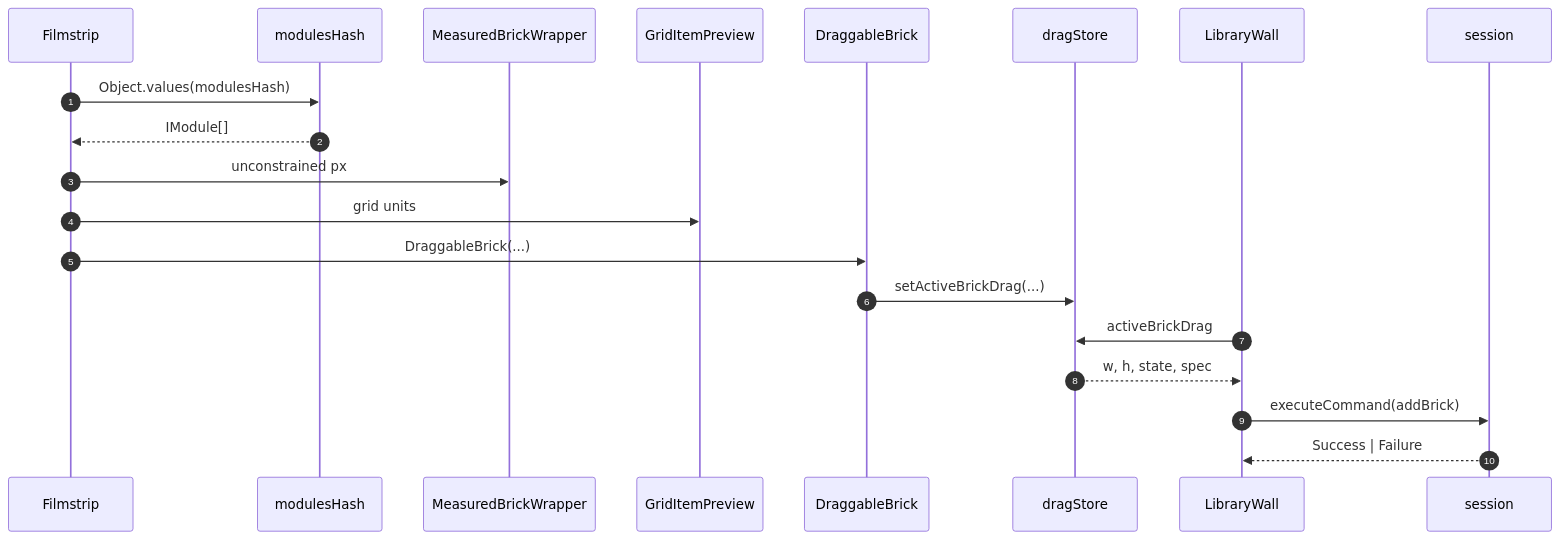
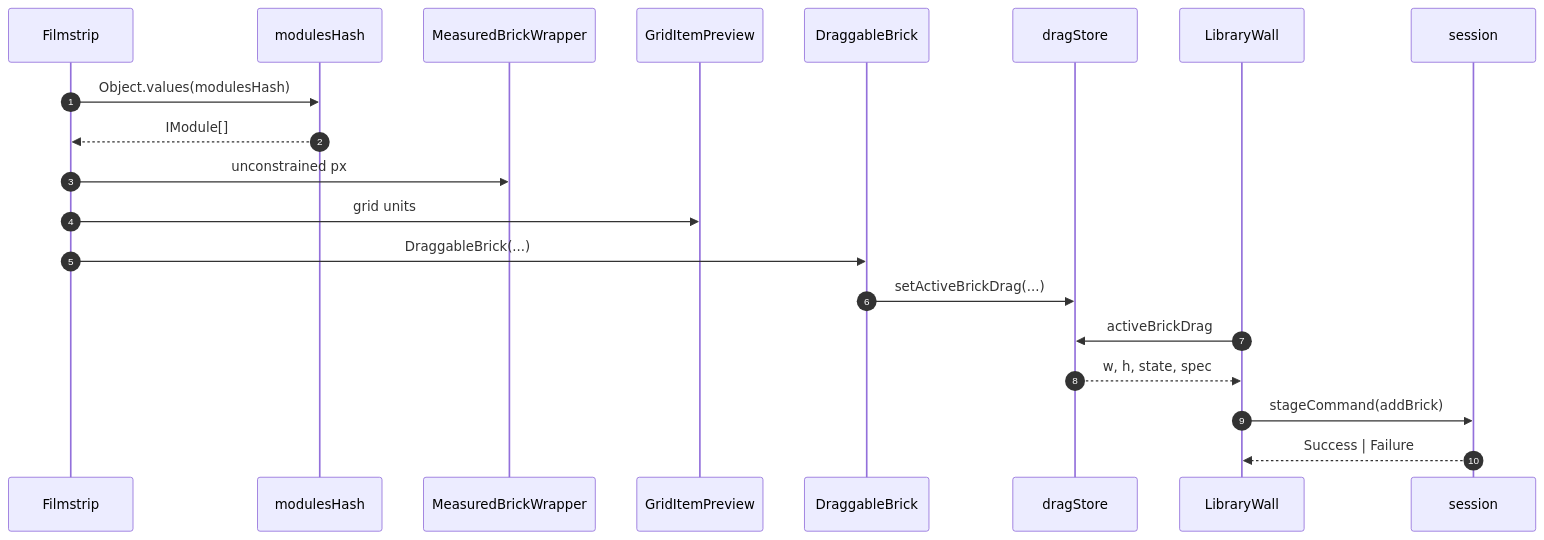
Before and after one commit to morgs32/qrk.sh: the diagram in wiki/architecture/browser/LibrarySandboxBrickDrop.md, drawn with Mermaid. The commit also changed 13 other files, not shown here.

````diff
--- a/wiki/architecture/browser/LibrarySandboxBrickDrop.md
+++ b/wiki/architecture/browser/LibrarySandboxBrickDrop.md
@@ -35,32 +35,32 @@
 ```mermaid
 sequenceDiagram
   participant Filmstrip
   participant modulesHash
   participant MeasuredBrickWrapper
   participant GridItemPreview
   participant DraggableBrick
   participant dragStore
   participant LibraryWall
   participant session
 
   autonumber 1
   Filmstrip->>modulesHash: Object.values(modulesHash)
   autonumber 2
   modulesHash-->>Filmstrip: IModule[]
   autonumber 3
   Filmstrip->>MeasuredBrickWrapper: unconstrained px
   autonumber 4
   Filmstrip->>GridItemPreview: grid units
   autonumber 5
   Filmstrip->>DraggableBrick: DraggableBrick(...)
   autonumber 6
   DraggableBrick->>dragStore: setActiveBrickDrag(...)
   autonumber 7
   LibraryWall->>dragStore: activeBrickDrag
   autonumber 8
   dragStore-->>LibraryWall: w, h, state, spec
   autonumber 9
-  LibraryWall->>session: executeCommand(addBrick)
+  LibraryWall->>session: stageCommand(addBrick)
   autonumber 10
   session-->>LibraryWall: Success | Failure
 ```
````
